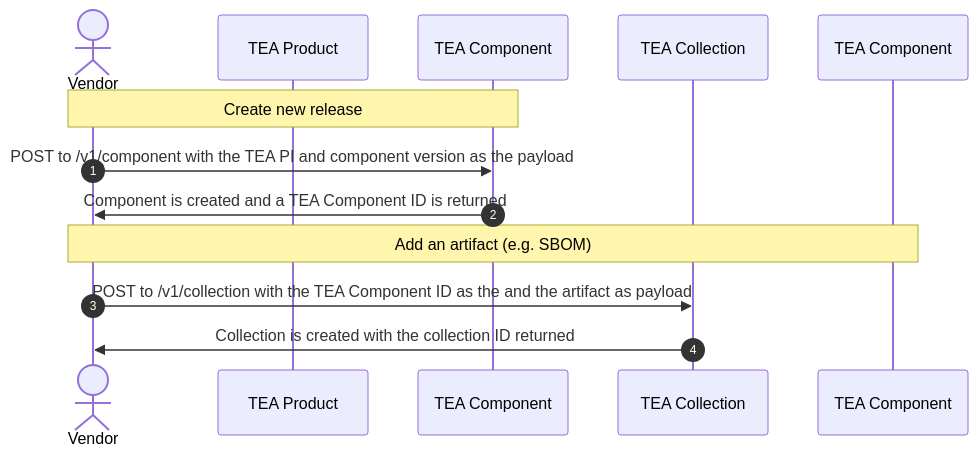
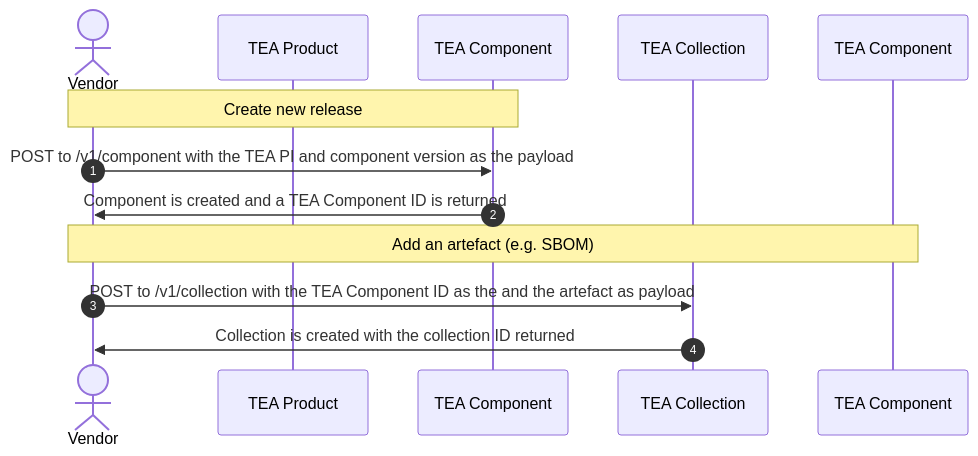
One commit to CycloneDX/transparency-exchange-api changed the second of 3 diagrams in api-flow/publisher.md. Above: the diagram before and after it, drawn with Mermaid. The commit also changed other lines of this file and 13 other files, not shown here.

Commit message:
feat: change artifact to artefact across the spec

````diff
--- a/api-flow/publisher.md
+++ b/api-flow/publisher.md
@@ -29,18 +29,18 @@
 ```mermaid
 sequenceDiagram
     autonumber
     actor Vendor
     participant tea_product as TEA Product
     participant tea_component as TEA Component
     participant tea_collection as TEA Collection
 
     Note over Vendor,tea_component: Create new release
 
     Vendor ->> tea_component: POST to /v1/component with the TEA PI and component version as the payload
     tea_component ->> Vendor: Component is created and a TEA Component ID is returned
 
-    Note over Vendor,TEA Component: Add an artifact (e.g. SBOM)
-    Vendor ->> tea_collection: POST to /v1/collection with the TEA Component ID as the and the artifact as payload
+    Note over Vendor,TEA Component: Add an artefact (e.g. SBOM)
+    Vendor ->> tea_collection: POST to /v1/collection with the TEA Component ID as the and the artefact as payload
     tea_collection ->> Vendor: Collection is created with the collection ID returned
 
 ```
````
